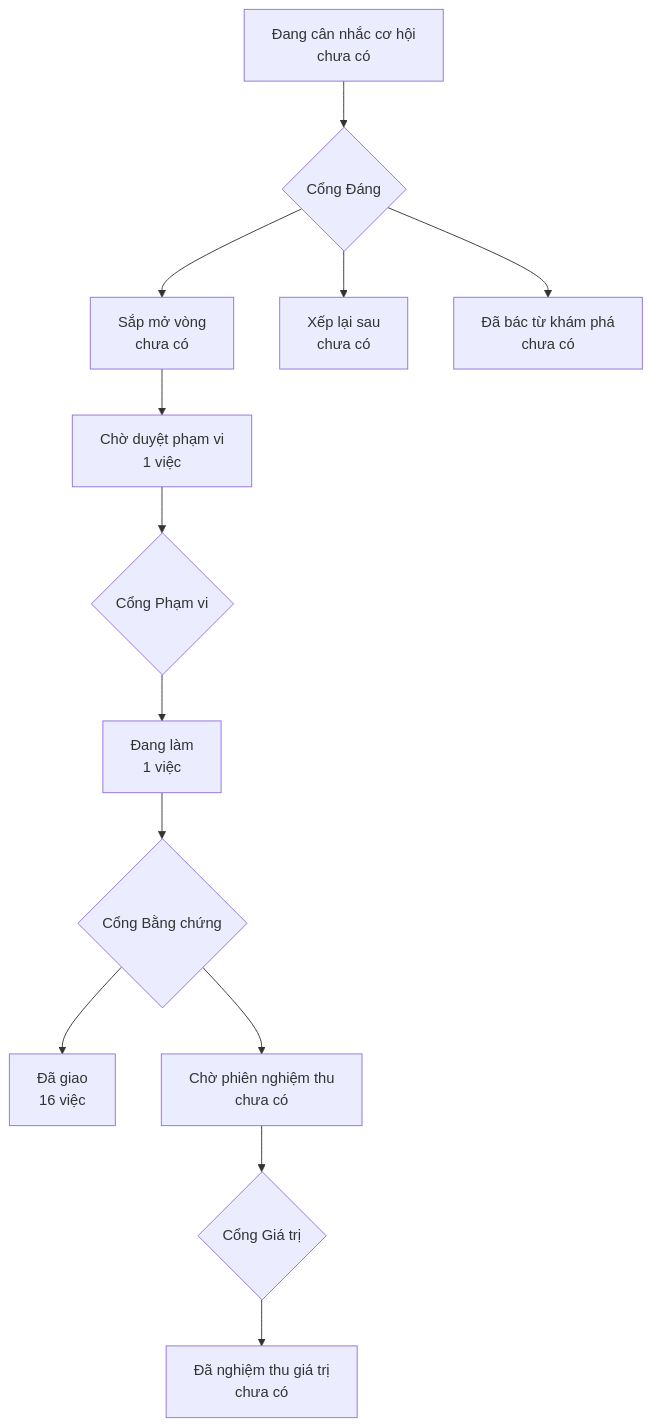
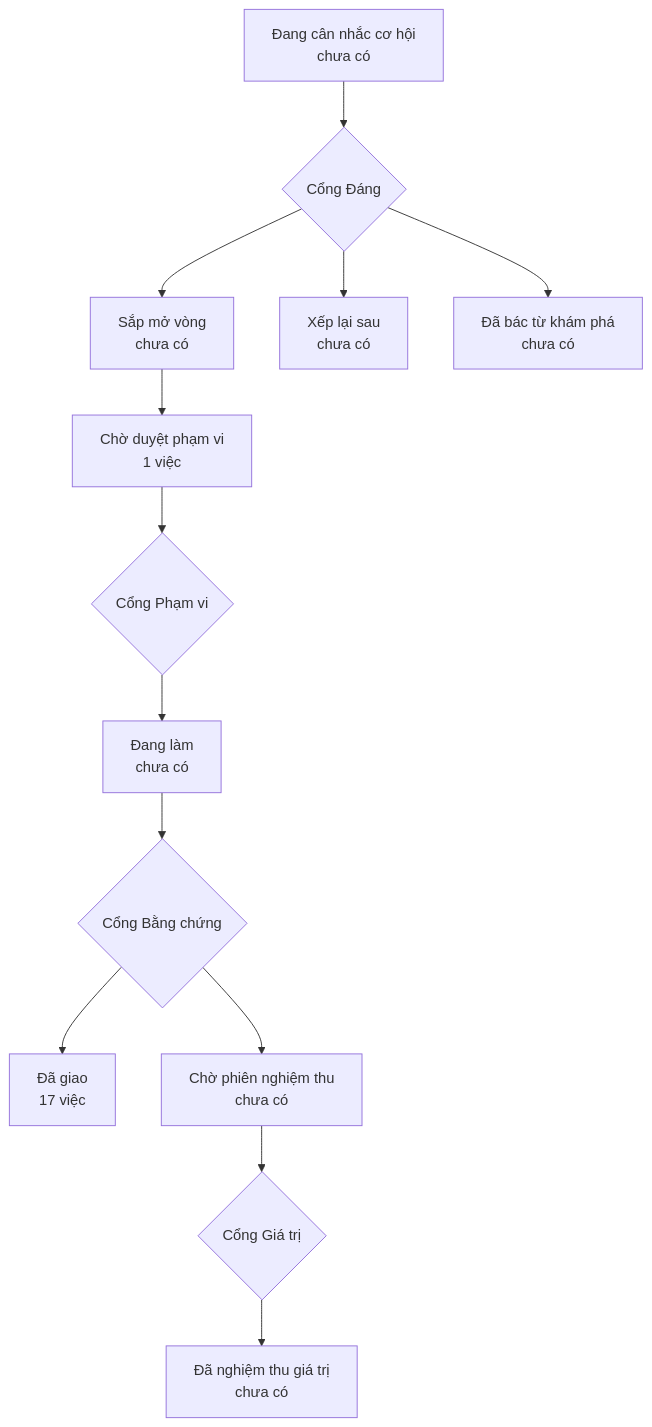
One commit to phanlemanh/acceptance-gate-kit changed the diagram in PRODUCT-MAP.md. Above: the diagram before and after it, drawn with Mermaid. The commit also changed other lines of this file and 2 other files, not shown here.

Commit message:
signoff(docs-first-run-audit): Cổng 2 ký theo lệnh merge của owner trong phiên 04/08 + vẽ lại bản đồ

````diff
--- a/PRODUCT-MAP.md
+++ b/PRODUCT-MAP.md
@@ -6,12 +6,12 @@
 ```mermaid
 flowchart TD
   A["Đang cân nhắc cơ hội<br/>chưa có"] --> GD{"Cổng Đáng"}
   GD --> B["Sắp mở vòng<br/>chưa có"]
   GD --> XL["Xếp lại sau<br/>chưa có"]
   GD --> DB["Đã bác từ khám phá<br/>chưa có"]
   B --> CD["Chờ duyệt phạm vi<br/>1 việc"] --> GP{"Cổng Phạm vi"}
-  GP --> DL["Đang làm<br/>1 việc"] --> GB{"Cổng Bằng chứng"}
-  GB --> DG["Đã giao<br/>16 việc"]
+  GP --> DL["Đang làm<br/>chưa có"] --> GB{"Cổng Bằng chứng"}
+  GB --> DG["Đã giao<br/>17 việc"]
   GB --> CN["Chờ phiên nghiệm thu<br/>chưa có"] --> GG{"Cổng Giá trị"}
   GG --> NT["Đã nghiệm thu giá trị<br/>chưa có"]
 ```
````
